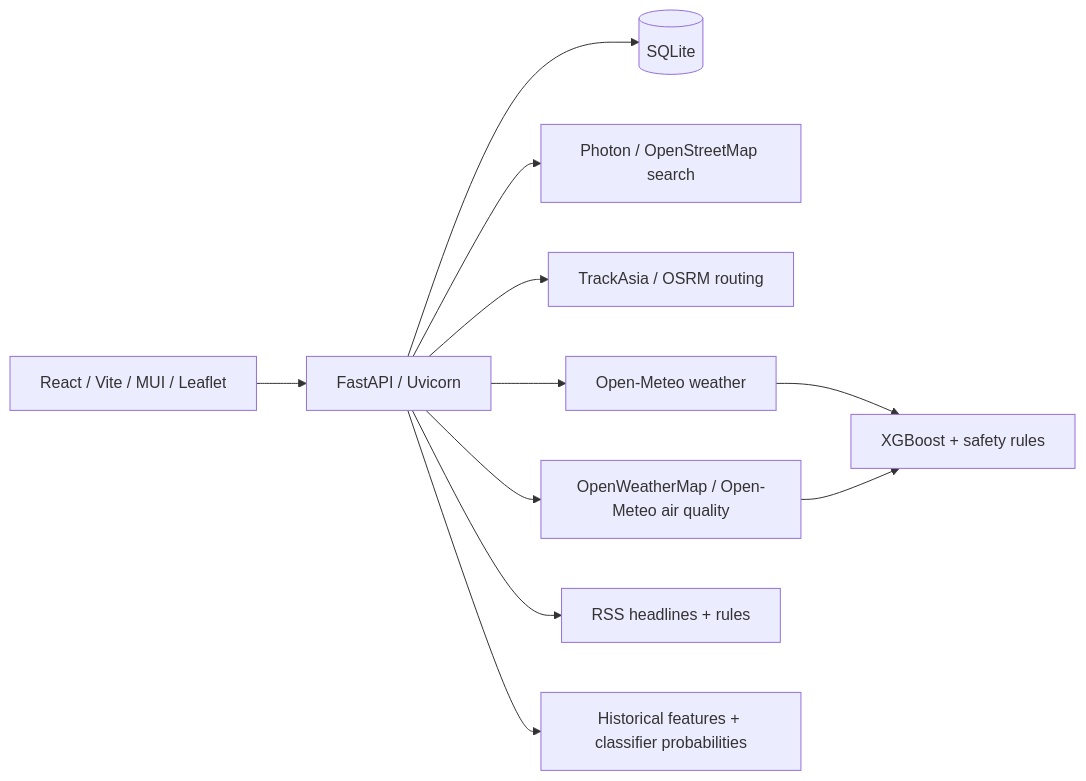
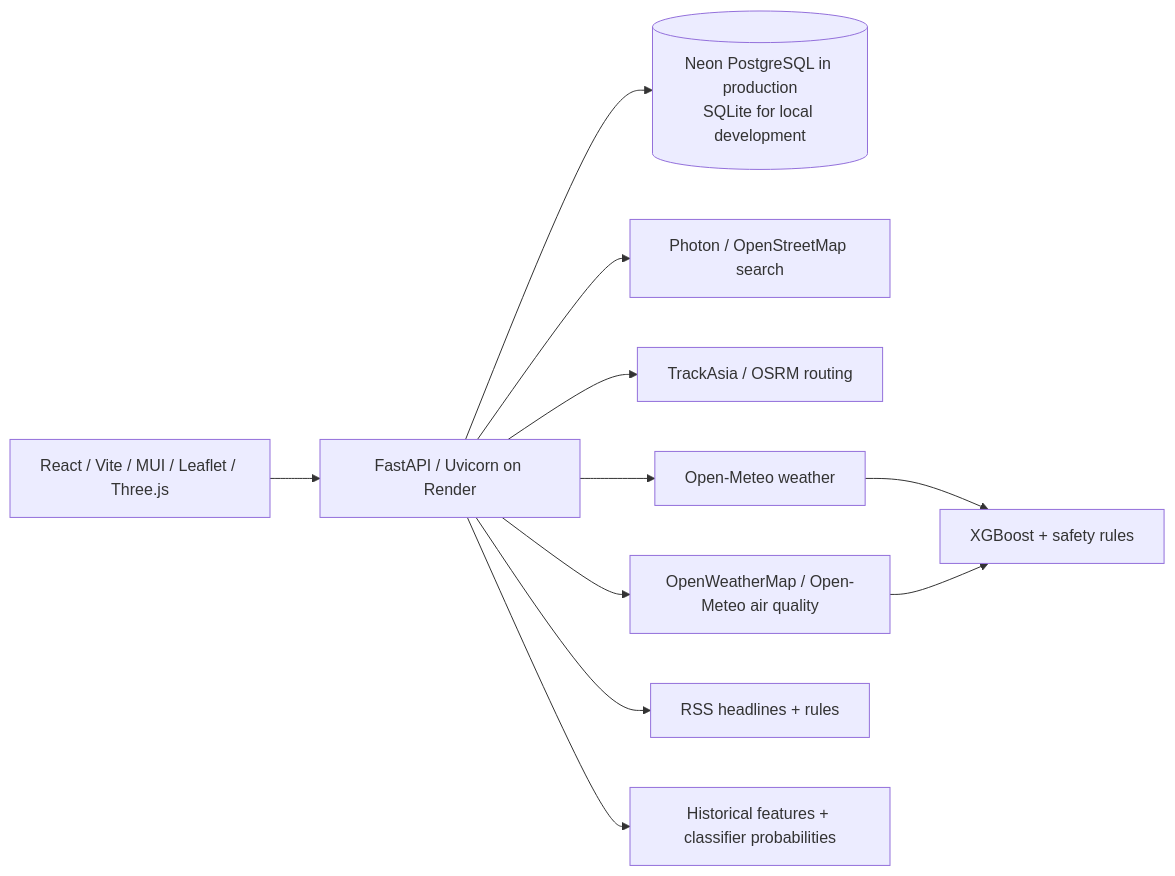
The diagram in README.md (Phuthanh123456/AI-based-risk-analysis-and-warning-system-for-tourism-web-project), drawn with Mermaid before and after one commit. The commit also changed other lines of this file, not shown here.

````diff
--- a/README.md
+++ b/README.md
@@ -37,13 +47,13 @@
 ```mermaid
 flowchart LR
-  UI[React / Vite / MUI / Leaflet] --> API[FastAPI / Uvicorn]
-  API --> DB[(SQLite)]
+  UI[React / Vite / MUI / Leaflet / Three.js] --> API[FastAPI / Uvicorn on Render]
+  API --> DB[(Neon PostgreSQL in production<br/>SQLite for local development)]
   API --> GEO[Photon / OpenStreetMap search]
   API --> ROUTE[TrackAsia / OSRM routing]
   API --> WEATHER[Open-Meteo weather]
   API --> AIR[OpenWeatherMap / Open-Meteo air quality]
   WEATHER --> ML[XGBoost + safety rules]
   AIR --> ML
   API --> NEWS[RSS headlines + rules]
   API --> OLD[Historical features + classifier probabilities]
 ```
````
